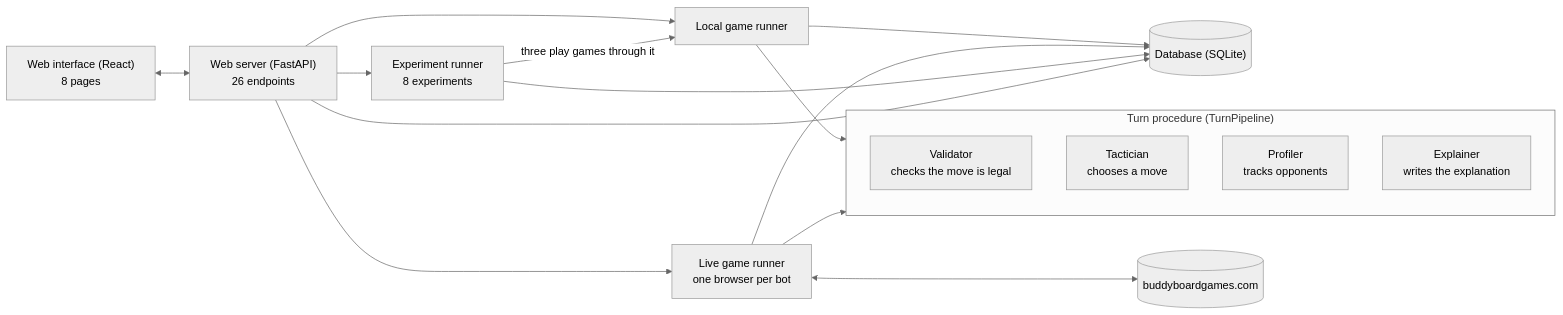
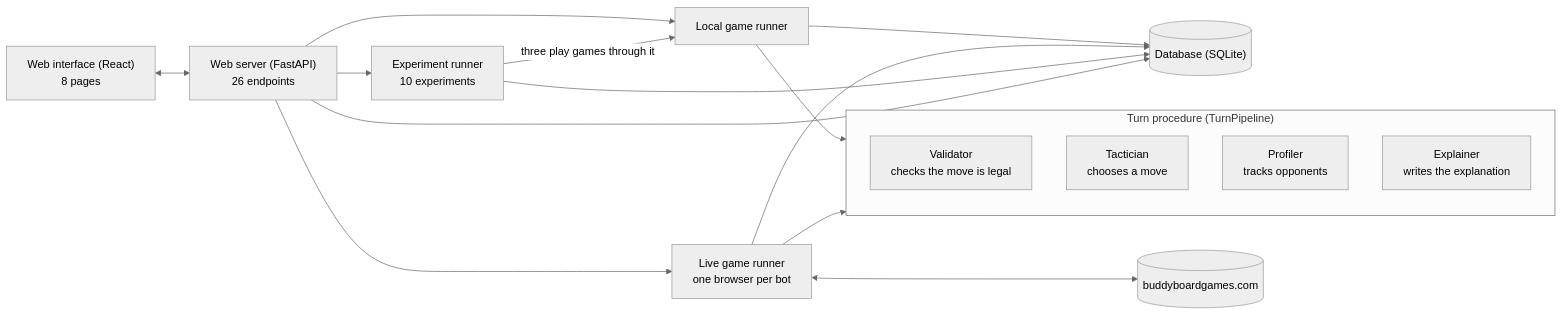
Before and after one commit to rongrongrr/AIS_PT07-Group1_MultiAgentBoardGameIntelligence: the first of 3 diagrams in docs/FINAL_REPORT.md, drawn with Mermaid (neutral theme). The commit also changed other lines of this file, not shown here.

````diff
--- a/docs/FINAL_REPORT.md
+++ b/docs/FINAL_REPORT.md
@@ -80,23 +80,23 @@
 ```mermaid
 flowchart LR
   UI["Web interface (React)<br/>8 pages"]
   API["Web server (FastAPI)<br/>26 endpoints"]
   MR["Local game runner"]
   LS["Live game runner<br/>one browser per bot"]
-  EX["Experiment runner<br/>8 experiments"]
+  EX["Experiment runner<br/>10 experiments"]
   subgraph Turn["Turn procedure (TurnPipeline)"]
     V["Validator<br/>checks the move is legal"]
     T["Tactician<br/>chooses a move"]
     PR["Profiler<br/>tracks opponents"]
     XP["Explainer<br/>writes the explanation"]
   end
   L[("Database (SQLite)")]
   W[("buddyboardgames.com")]
   UI <--> API
   API --> MR & LS & EX
   EX -->|three play games through it| MR
   MR & LS --> Turn
   MR & LS & EX --> L
   LS <--> W
   API --> L
 ```
````
